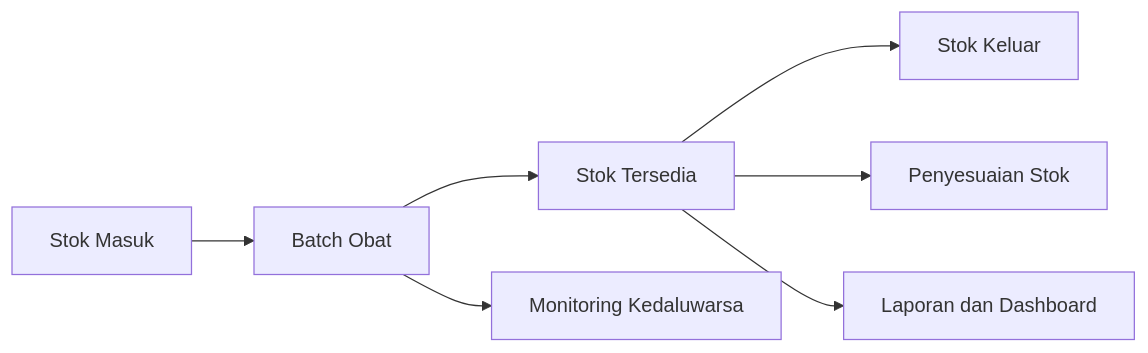
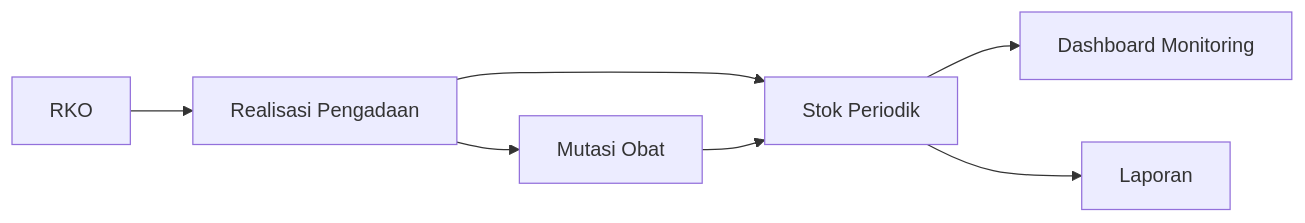
Before and after one commit to MochJuang/aliftha-monitroing-obat: the fourth of 5 diagrams in docs/bab-4-hasil-dan-pembahasan.md, drawn with Mermaid. The commit also changed other lines of this file and 114 other files, not shown here.

````diff
--- a/docs/bab-4-hasil-dan-pembahasan.md
+++ b/docs/bab-4-hasil-dan-pembahasan.md
@@ -157,9 +167,9 @@
 ```mermaid
 flowchart LR
-    A["Stok Masuk"] --> B["Batch Obat"]
-    B --> C["Stok Tersedia"]
-    C --> D["Stok Keluar"]
-    C --> E["Penyesuaian Stok"]
-    B --> F["Monitoring Kedaluwarsa"]
-    C --> G["Laporan dan Dashboard"]
+    A["RKO"] --> B["Realisasi Pengadaan"]
+    B --> C["Mutasi Obat"]
+    B --> D["Stok Periodik"]
+    C --> D
+    D --> E["Dashboard Monitoring"]
+    D --> F["Laporan"]
 ```
````
